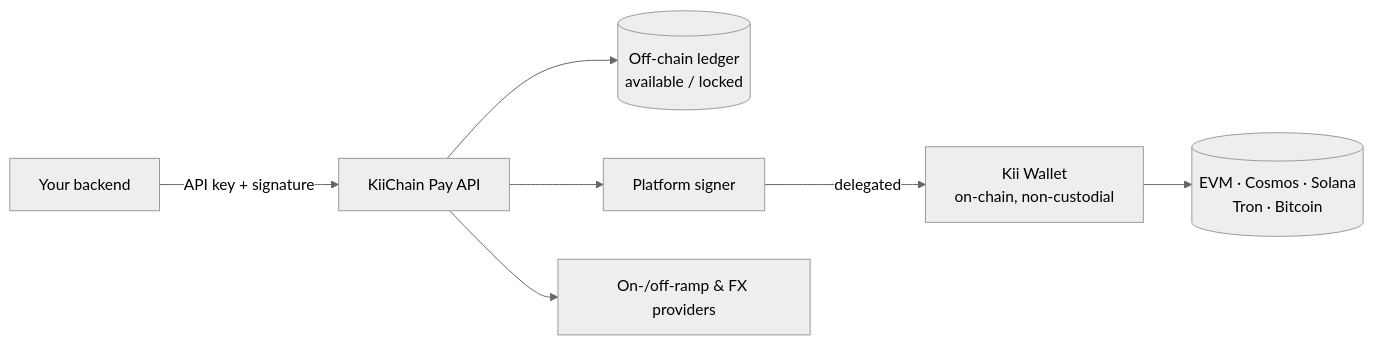
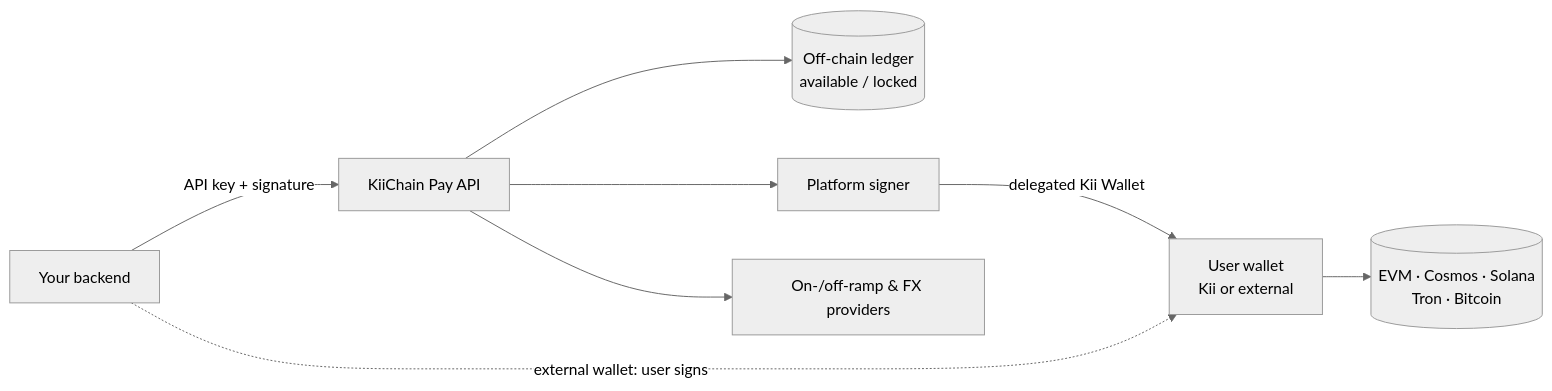
Before and after one commit to KiiChain/kiichain-docs: the first of 2 diagrams in kiichain-pay/introduction/README.md, drawn with Mermaid (neutral theme). The commit also changed other lines of this file and 3 other files, not shown here.

Commit message:
feat: enhance KiiChain Pay documentation with clarifications on wallet options, KYC processes, and delegation

````diff
--- a/kiichain-pay/introduction/README.md
+++ b/kiichain-pay/introduction/README.md
@@ -31,9 +32,10 @@
 ```mermaid
 flowchart LR
     You[Your backend] -->|API key + signature| API[KiiChain Pay API]
     API --> Ledger[(Off-chain ledger<br/>available / locked)]
     API --> Signer[Platform signer]
-    Signer -->|delegated| Wallet[Kii Wallet<br/>on-chain, non-custodial]
+    Signer -->|delegated Kii Wallet| Wallet[User wallet<br/>Kii or external]
+    You -.->|external wallet: user signs| Wallet
     API --> Providers[On-/off-ramp & FX providers]
     Wallet --> Chains[(EVM · Cosmos · Solana<br/>Tron · Bitcoin)]
 ```
````
